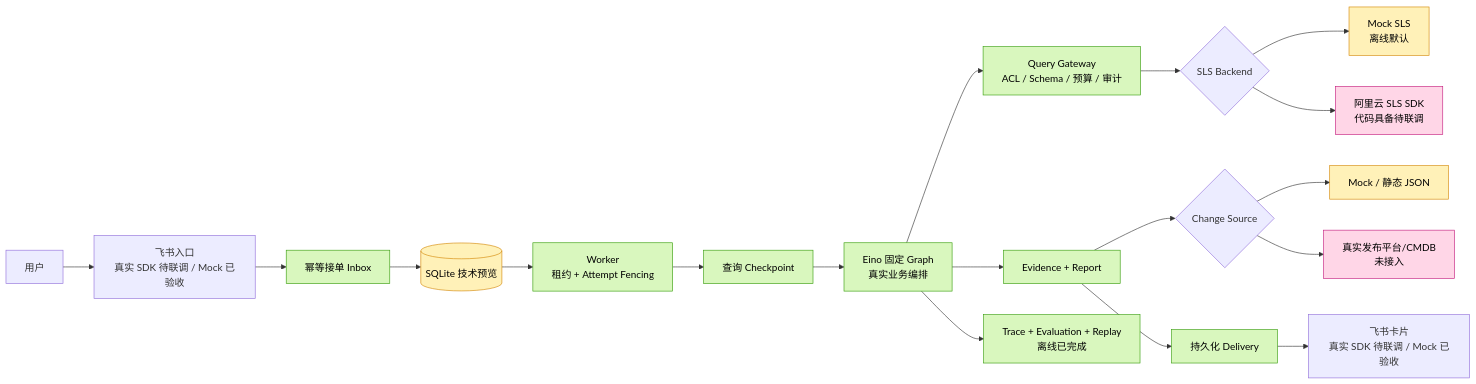
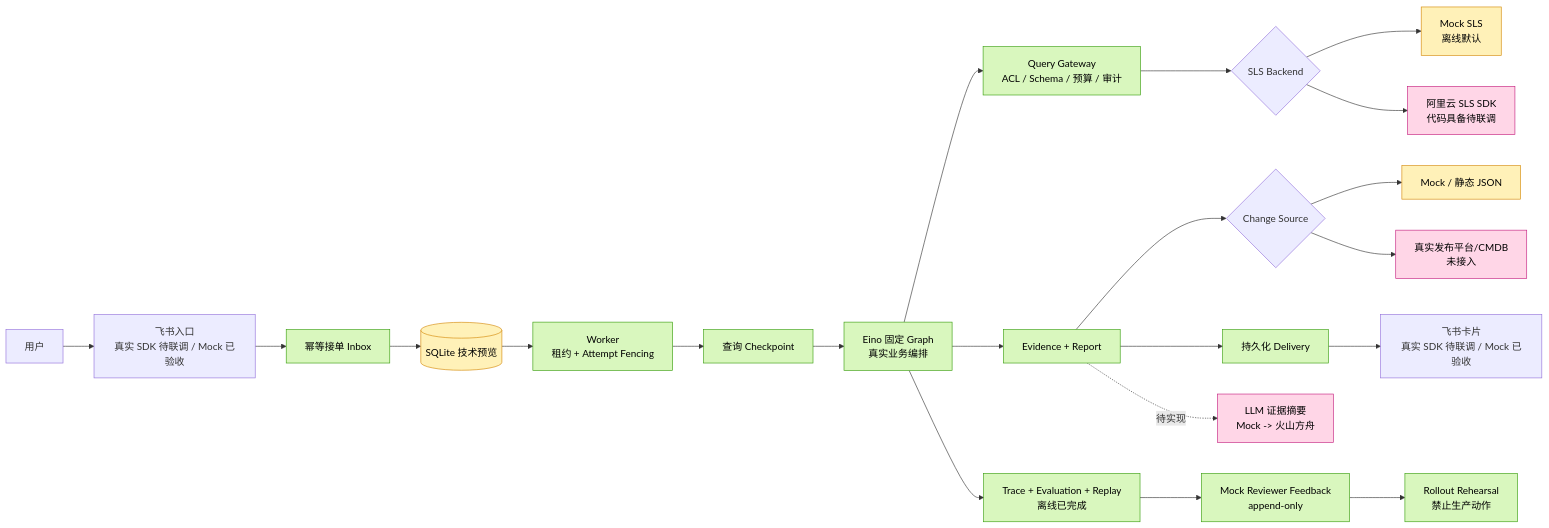
One commit to KK25KK/log-agent changed the first of 2 diagrams in docs/current-capabilities-and-real-integration-inventory.md. Above: the diagram before and after it, drawn with Mermaid. The commit also changed other lines of this file and 15 other files, not shown here.

Commit message:
feat: add synthetic feedback rollout rehearsal

````diff
--- a/docs/current-capabilities-and-real-integration-inventory.md
+++ b/docs/current-capabilities-and-real-integration-inventory.md
@@ -27,27 +27,30 @@
 ```mermaid
 flowchart LR
     U[用户] --> FI[飞书入口<br/>真实 SDK 待联调 / Mock 已验收]
     FI --> IN[幂等接单 Inbox]
     IN --> DB[(SQLite 技术预览)]
     DB --> WK[Worker<br/>租约 + Attempt Fencing]
     WK --> CP[查询 Checkpoint]
     CP --> EG[Eino 固定 Graph<br/>真实业务编排]
     EG --> GW[Query Gateway<br/>ACL / Schema / 预算 / 审计]
     GW --> SLS{SLS Backend}
     SLS --> SM[Mock SLS<br/>离线默认]
     SLS --> SR[阿里云 SLS SDK<br/>代码具备待联调]
     EG --> EV[Evidence + Report]
     EV --> CH{Change Source}
     CH --> CM[Mock / 静态 JSON]
     CH --> CR[真实发布平台/CMDB<br/>未接入]
     EV --> OUT[持久化 Delivery]
     OUT --> FO[飞书卡片<br/>真实 SDK 待联调 / Mock 已验收]
     EG --> OBS[Trace + Evaluation + Replay<br/>离线已完成]
+    OBS --> FB[Mock Reviewer Feedback<br/>append-only]
+    FB --> RD[Rollout Rehearsal<br/>禁止生产动作]
+    EV -.待实现.-> LLM[LLM 证据摘要<br/>Mock -> 火山方舟]
 
     classDef done fill:#d9f7be,stroke:#389e0d,color:#000;
     classDef mock fill:#fff1b8,stroke:#d48806,color:#000;
     classDef pending fill:#ffd6e7,stroke:#c41d7f,color:#000;
-    class IN,WK,CP,EG,GW,EV,OUT,OBS done;
+    class IN,WK,CP,EG,GW,EV,OUT,OBS,FB,RD done;
     class SM,CM,DB mock;
-    class SR,CR pending;
+    class SR,CR,LLM pending;
 ```
````
